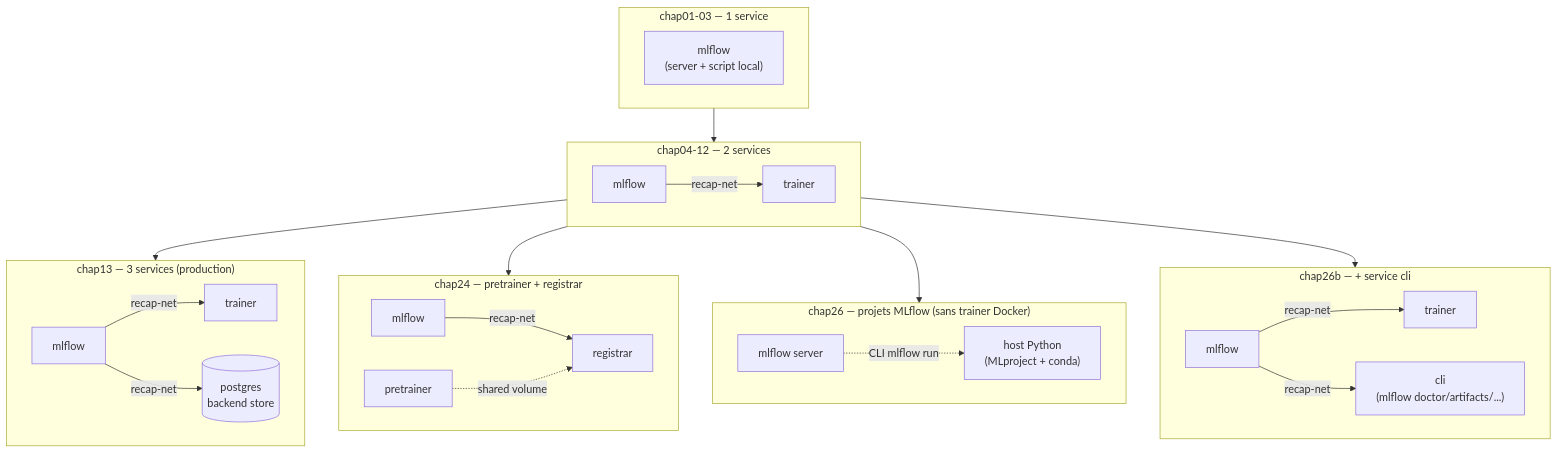
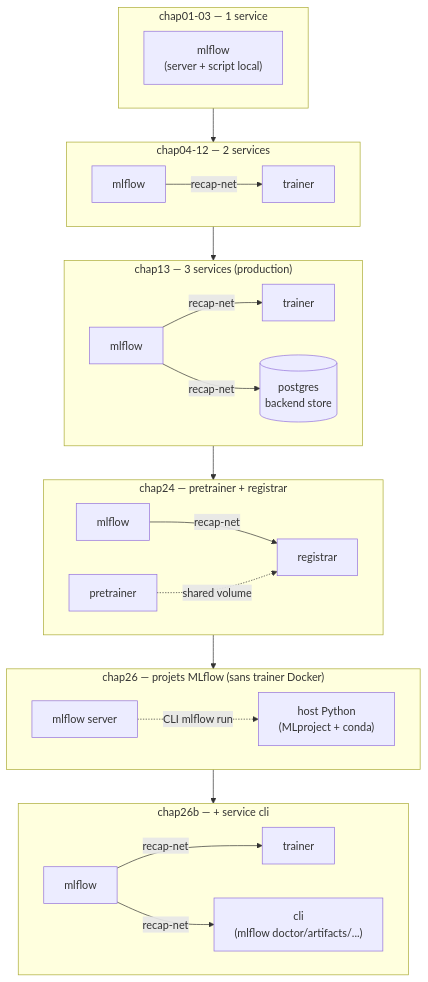
One commit to inskillflow/complete-mlops-pipeline-fastapi-streamlit-docker-en changed the second of 13 diagrams in EVOLUTION-CHAP01-CHAP26B.md. Above: the diagram before and after it, drawn with Mermaid.

Commit message:
chore: update files 2026-05-11 23:40:24

````diff
--- a/EVOLUTION-CHAP01-CHAP26B.md
+++ b/EVOLUTION-CHAP01-CHAP26B.md
@@ -73,40 +73,41 @@
 ```mermaid
 flowchart TB
     subgraph A["chap01-03 — 1 service"]
         direction LR
         A1["mlflow<br/>(server + script local)"]
     end
 
     subgraph B["chap04-12 — 2 services"]
         direction LR
         B1[mlflow] -- recap-net --> B2[trainer]
     end
 
     subgraph C["chap13 — 3 services (production)"]
         direction LR
         C1[mlflow] -- recap-net --> C2[trainer]
         C1 -- recap-net --> C3[(postgres<br/>backend store)]
     end
 
     subgraph D["chap24 — pretrainer + registrar"]
         direction LR
         D1[mlflow] -- recap-net --> D3[registrar]
         D2[pretrainer] -. shared volume .-> D3
     end
 
     subgraph E["chap26 — projets MLflow (sans trainer Docker)"]
         direction LR
         E1[mlflow server] -.->|CLI mlflow run| E2["host Python<br/>(MLproject + conda)"]
     end
 
     subgraph F["chap26b — + service cli"]
         direction LR
         F1[mlflow] -- recap-net --> F2[trainer]
         F1 -- recap-net --> F3["cli<br/>(mlflow doctor/artifacts/...)"]
     end
 
-    A --> B --> C
-    B --> D
-    B --> E
-    B --> F
+    A --> B
+    B --> C
+    C --> D
+    D --> E
+    E --> F
 ```
````
